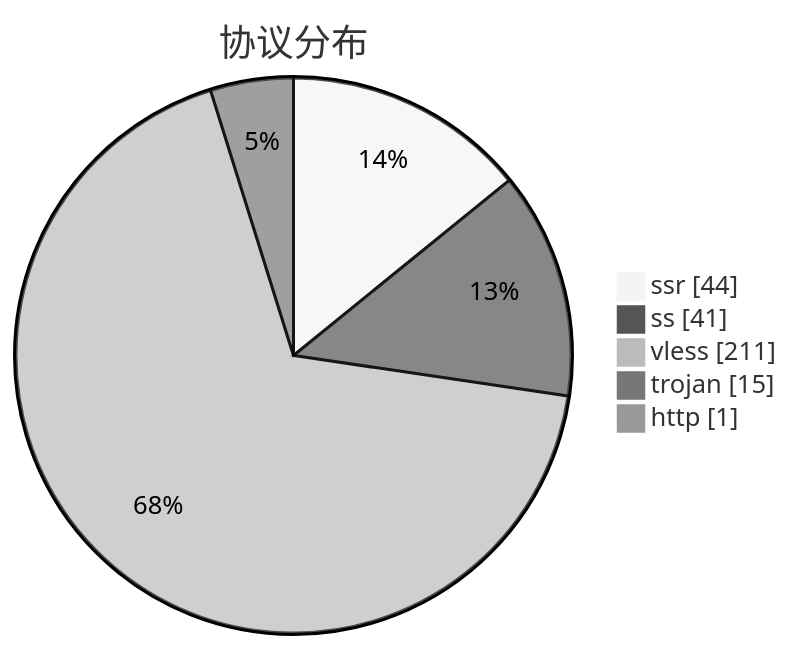
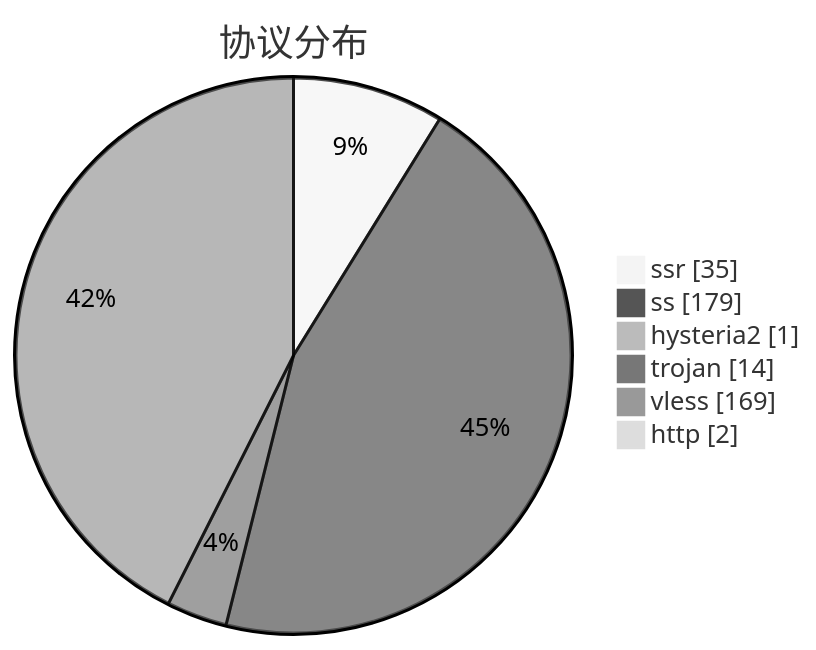
Before and after one commit to qjlxg/airport: the third of 3 diagrams in subs/statistics/tested_within.md, drawn with Mermaid (neutral theme). The commit also changed other lines of this file and 2 other files, not shown here.

````diff
--- a/subs/statistics/tested_within.md
+++ b/subs/statistics/tested_within.md
@@ -19,9 +19,10 @@
 ```mermaid
 pie showData
 title 协议分布
-"ssr" : 44
-"ss" : 41
-"vless" : 211
-"trojan" : 15
-"http" : 1
+"ssr" : 35
+"ss" : 179
+"hysteria2" : 1
+"trojan" : 14
+"vless" : 169
+"http" : 2
 ```
````
